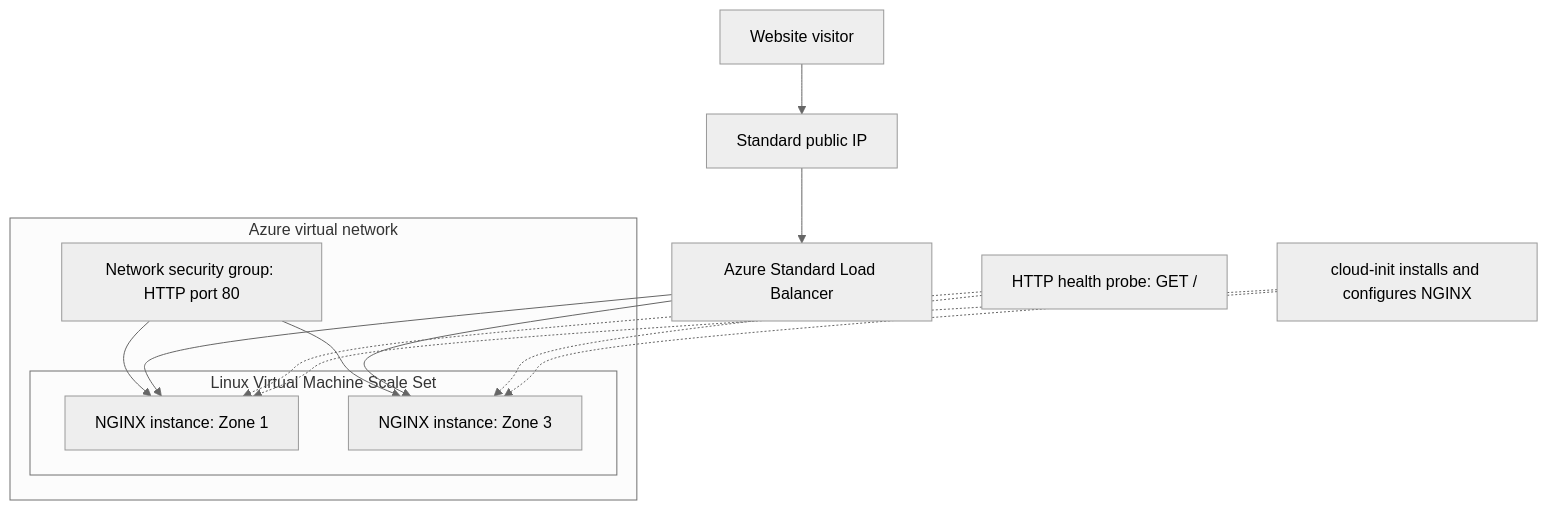
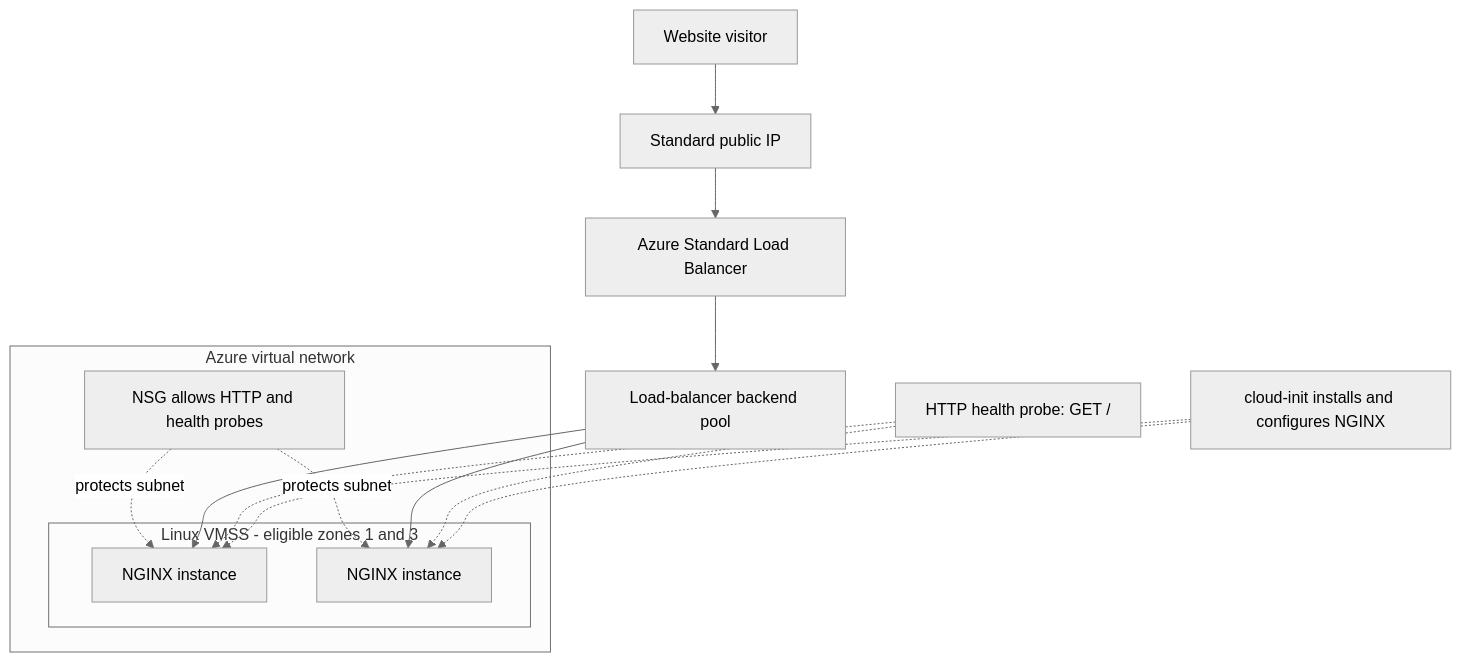
Before and after one commit to guirocha92/jlg-autohealing-web: the diagram in README.md, drawn with Mermaid (neutral theme). The commit also changed other lines of this file and 2 other files, not shown here.

````diff
--- a/README.md
+++ b/README.md
@@ -19,25 +19,27 @@
 ```mermaid
 flowchart TB
     Visitor["Website visitor"] --> IP["Standard public IP"]
     IP --> LB["Azure Standard Load Balancer"]
+    LB --> Pool["Load-balancer backend pool"]
 
     subgraph Network["Azure virtual network"]
-        NSG["Network security group: HTTP port 80"]
+        NSG["NSG allows HTTP and health probes"]
 
-        subgraph VMSS["Linux Virtual Machine Scale Set"]
-            VM1["NGINX instance: Zone 1"]
-            VM2["NGINX instance: Zone 3"]
+        subgraph VMSS["Linux VMSS - eligible zones 1 and 3"]
+            VM1["NGINX instance"]
+            VM2["NGINX instance"]
         end
 
-        NSG --> VM1
-        NSG --> VM2
+        NSG -. "protects subnet" .-> VM1
+        NSG -. "protects subnet" .-> VM2
     end
 
-    LB --> VM1
-    LB --> VM2
+    Pool --> VM1
+    Pool --> VM2
 
     Probe["HTTP health probe: GET /"] -.-> VM1
     Probe -.-> VM2
+
     CloudInit["cloud-init installs and configures NGINX"] -.-> VM1
     CloudInit -.-> VM2
 ```
````
